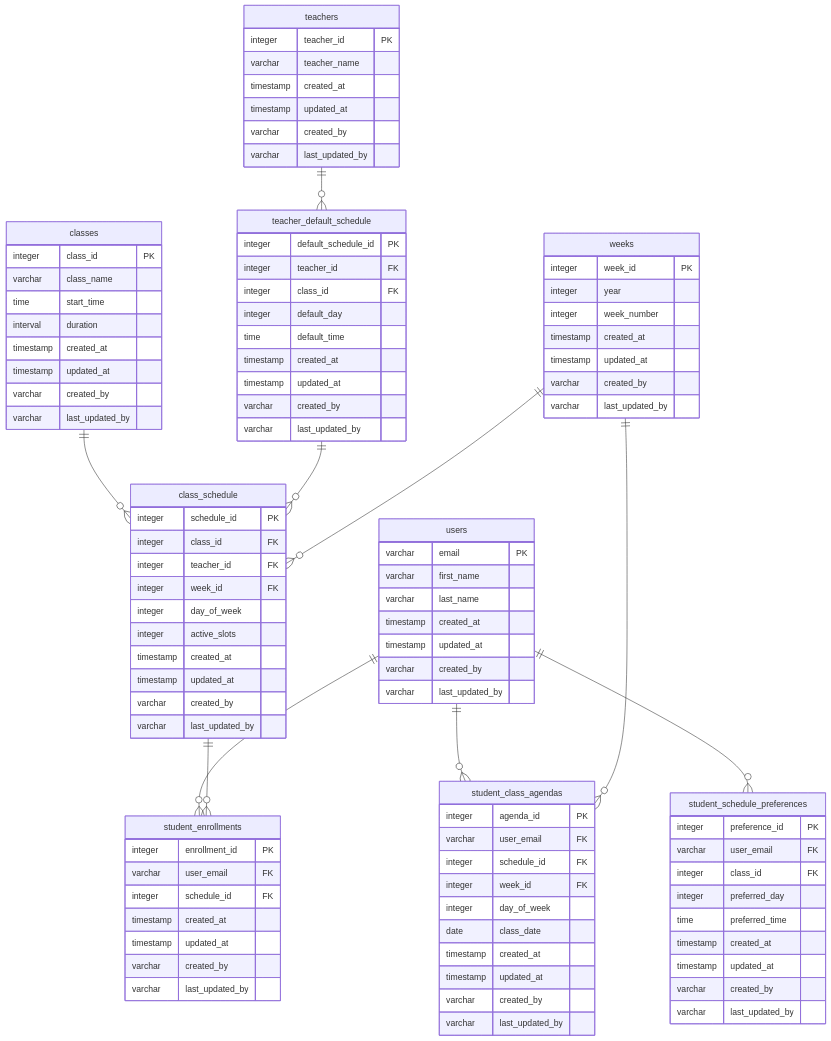
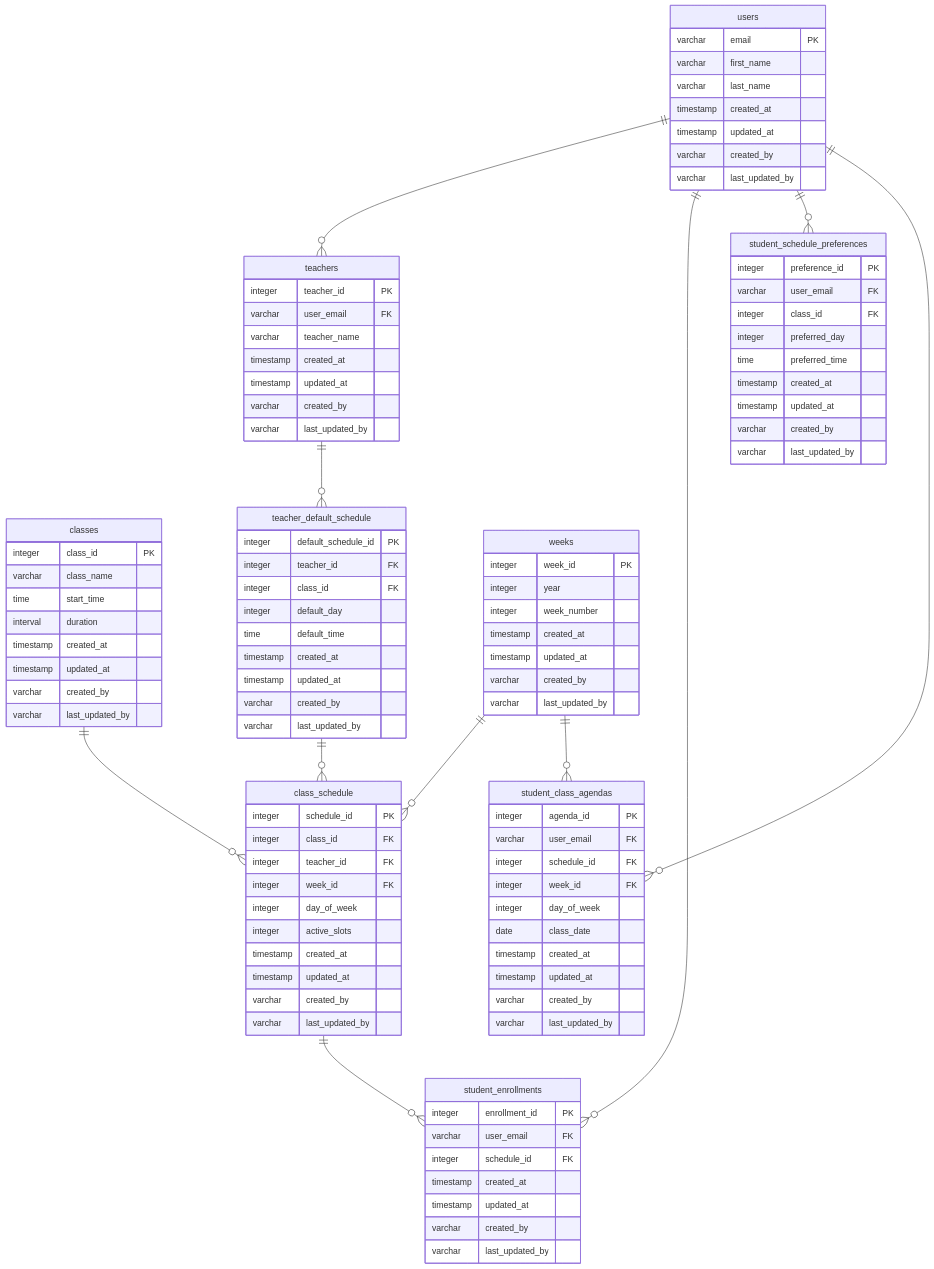
The diagram in data_model.md (dhdtech/padraoandretorres), drawn with Mermaid before and after one commit.

````diff
--- a/data_model.md
+++ b/data_model.md
@@ -1,5 +1,6 @@
 ```mermaid
 erDiagram
+    users ||--o{ teachers : ""
     users ||--o{ student_enrollments : ""
     users ||--o{ student_schedule_preferences : ""
     users ||--o{ student_class_agendas : ""
@@ -33,6 +34,7 @@
 
     teachers {
         integer teacher_id PK
+        varchar user_email FK
         varchar teacher_name
         timestamp created_at
         timestamp updated_at
````
